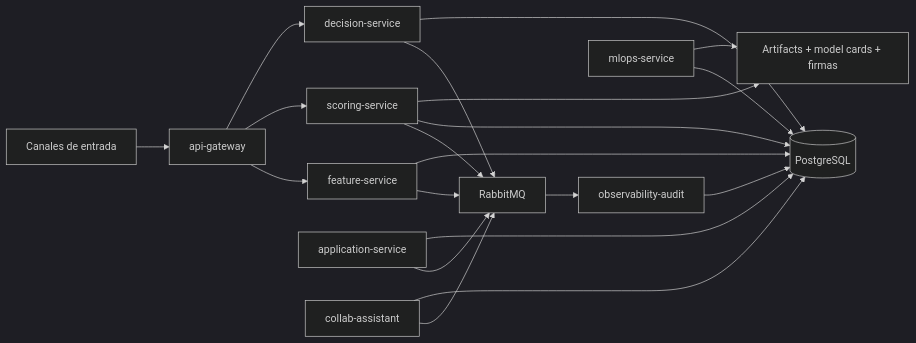
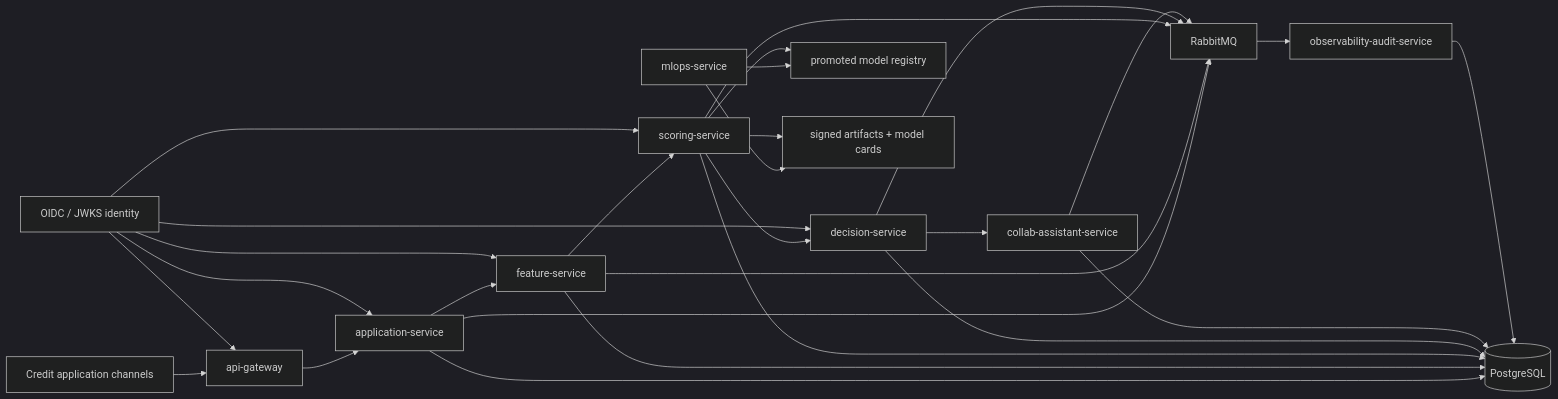
One commit to JuanPabloGaviria/credit-ai-ops-platform- changed the first of 3 diagrams in README.md. Above: the diagram before and after it, drawn with Mermaid (dark theme). The commit also changed other lines of this file and 6 other files, not shown here.

````diff
--- a/README.md
+++ b/README.md
@@ -98,25 +37,34 @@
 ```mermaid
 flowchart LR
-  Channel["Canales de entrada"] --> Gateway["api-gateway"]
-  Gateway --> Feature["feature-service"]
-  Gateway --> Scoring["scoring-service"]
-  Gateway --> Decision["decision-service"]
+  Channel["Credit application channels"] --> Gateway["api-gateway"]
+  Gateway --> Application["application-service"]
+  Application --> Feature["feature-service"]
+  Feature --> Scoring["scoring-service"]
+  Scoring --> Decision["decision-service"]
+  Decision --> Assistant["collab-assistant-service"]
 
-  Application["application-service"] --> Bus["RabbitMQ"]
+  Application --> Bus["RabbitMQ"]
   Feature --> Bus
   Scoring --> Bus
   Decision --> Bus
-  Assistant["collab-assistant"] --> Bus
-  Bus --> Audit["observability-audit"]
+  Assistant --> Bus
+  Bus --> Audit["observability-audit-service"]
 
   Application --> Postgres[(PostgreSQL)]
   Feature --> Postgres
   Scoring --> Postgres
   Decision --> Postgres
   Assistant --> Postgres
   Audit --> Postgres
 
-  MLOps["mlops-service"] --> Postgres
-  MLOps --> Artifacts["Artifacts + model cards + firmas"]
+  MLOps["mlops-service"] --> Registry["promoted model registry"]
+  MLOps --> Artifacts["signed artifacts + model cards"]
+  Scoring --> Registry
   Scoring --> Artifacts
+
+  Identity["OIDC / JWKS identity"] --> Gateway
+  Identity --> Application
+  Identity --> Feature
+  Identity --> Scoring
+  Identity --> Decision
 ```
````
